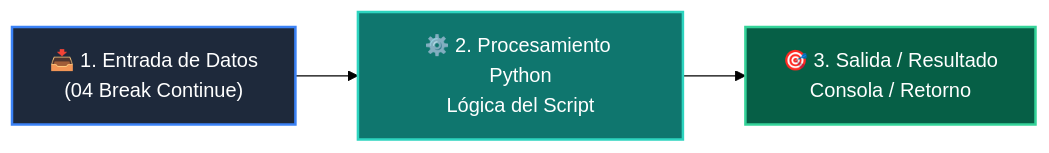
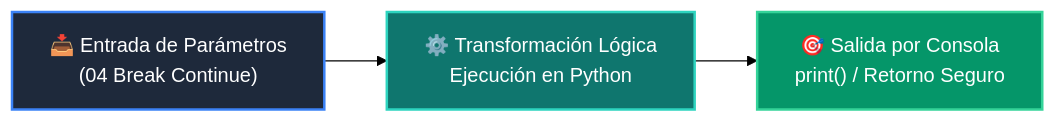
One commit to wisrovi/wisrovi-python changed the diagram in 01-fundamentos-python/clase-04-control-flujo-bucles/ejemplos/ejemplo_04_break_continue/README.md. Above: the diagram before and after it, drawn with Mermaid (forest theme). The commit also changed other lines of this file and 226 other files, not shown here.

Commit message:
docs: elevate all repository READMEs to world-class mastery standard with rich pedagogical architecture, custom Mermaids, and professional styling

````diff
--- a/01-fundamentos-python/clase-04-control-flujo-bucles/ejemplos/ejemplo_04_break_continue/README.md
+++ b/01-fundamentos-python/clase-04-control-flujo-bucles/ejemplos/ejemplo_04_break_continue/README.md
@@ -12,9 +19,9 @@
 ```mermaid
 flowchart LR
-    A["📥 1. Entrada de Datos<br/>(04 Break Continue)"] --> B["⚙️ 2. Procesamiento Python<br/>Lógica del Script"]
-    B --> C["🎯 3. Salida / Resultado<br/>Consola / Retorno"]
+    A["📥 Entrada de Parámetros<br/>(04 Break Continue)"] --> B["⚙️ Transformación Lógica<br/>Ejecución en Python"]
+    B --> C["🎯 Salida por Consola<br/>print() / Retorno Seguro"]
 
-    style A fill:#1e293b,color:#fff,stroke:#3b82f6,stroke-width:2px
-    style B fill:#0f766e,color:#fff,stroke:#2dd4bf,stroke-width:2px
-    style C fill:#065f46,color:#fff,stroke:#34d399,stroke-width:2px
+    style A fill:#1e293b,color:#ffffff,stroke:#3b82f6,stroke-width:2px
+    style B fill:#0f766e,color:#ffffff,stroke:#2dd4bf,stroke-width:2px
+    style C fill:#059669,color:#ffffff,stroke:#34d399,stroke-width:2px
 ```
````
